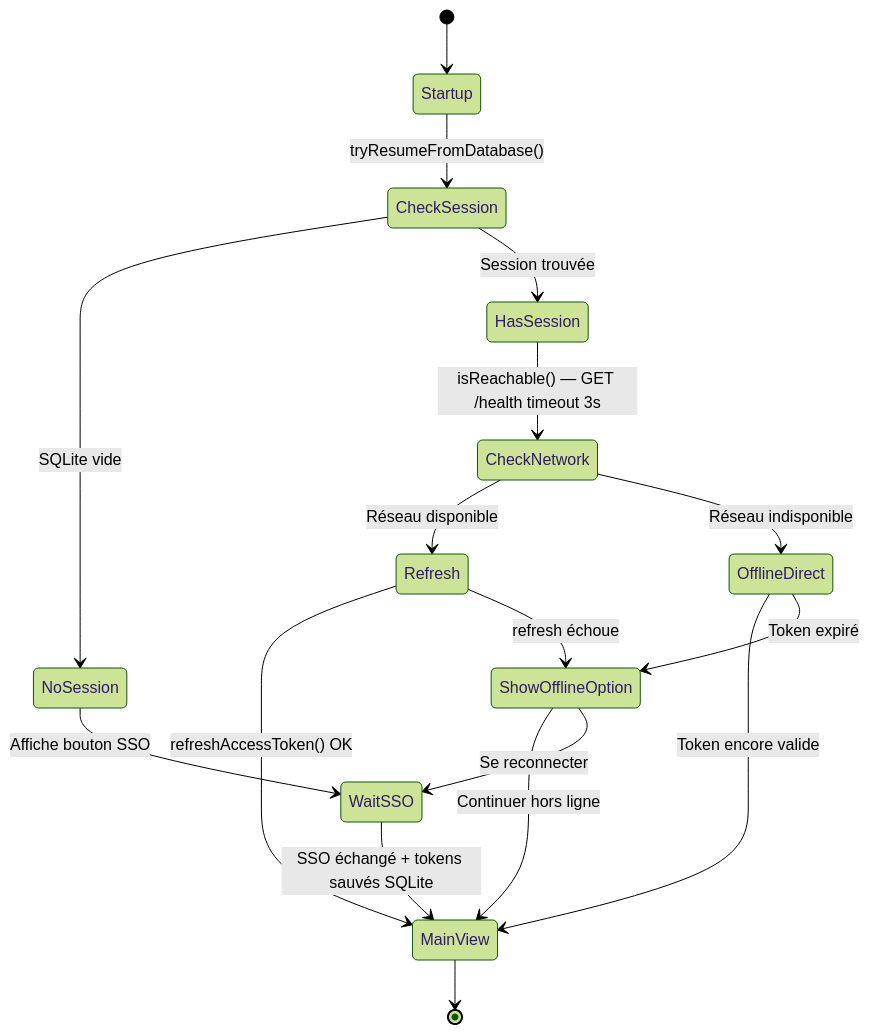
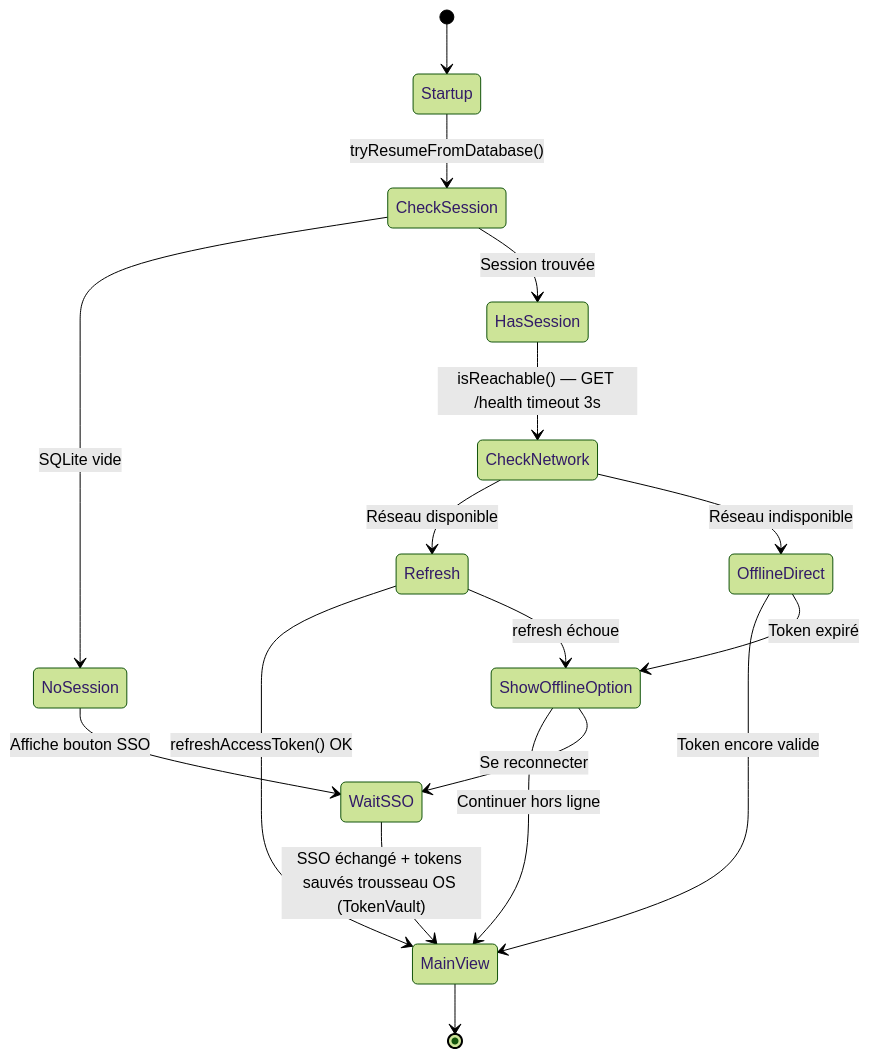
Diagram 14 of 16 in docs/ARCHITECTURE.md (creibaud/QuartierConnect), drawn with Mermaid (forest theme) before and after one commit. The commit also changed other lines of this file and 1 other file, not shown here.

Commit message:
docs: enhance architecture and security documentation with improved structure and clarity

````diff
--- a/docs/ARCHITECTURE.md
+++ b/docs/ARCHITECTURE.md
@@ -470,28 +480,28 @@
 ```mermaid
 stateDiagram-v2
     [*] --> Startup
 
     Startup --> CheckSession : tryResumeFromDatabase()
 
     CheckSession --> NoSession : SQLite vide
     CheckSession --> HasSession : Session trouvée
 
     NoSession --> WaitSSO : Affiche bouton SSO
 
     HasSession --> CheckNetwork : isReachable() — GET /health timeout 3s
 
     CheckNetwork --> Refresh : Réseau disponible
     CheckNetwork --> OfflineDirect : Réseau indisponible
 
     Refresh --> MainView : refreshAccessToken() OK
     Refresh --> ShowOfflineOption : refresh échoue
 
     OfflineDirect --> MainView : Token encore valide
     OfflineDirect --> ShowOfflineOption : Token expiré
 
     ShowOfflineOption --> MainView : Continuer hors ligne
     ShowOfflineOption --> WaitSSO : Se reconnecter
 
-    WaitSSO --> MainView : SSO échangé + tokens sauvés SQLite
+    WaitSSO --> MainView : SSO échangé + tokens sauvés trousseau OS (TokenVault)
     MainView --> [*]
 ```
````
